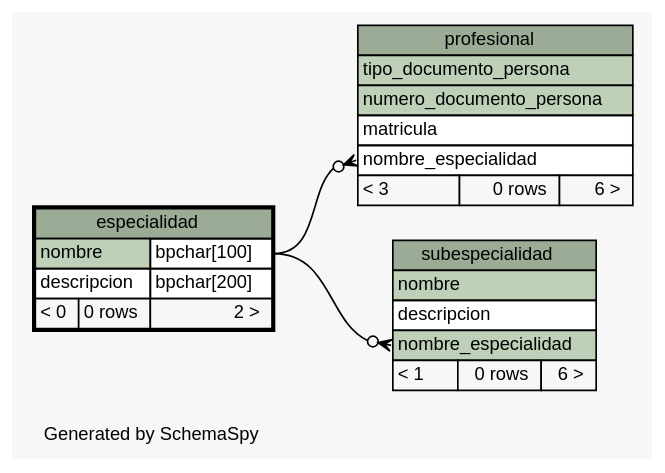
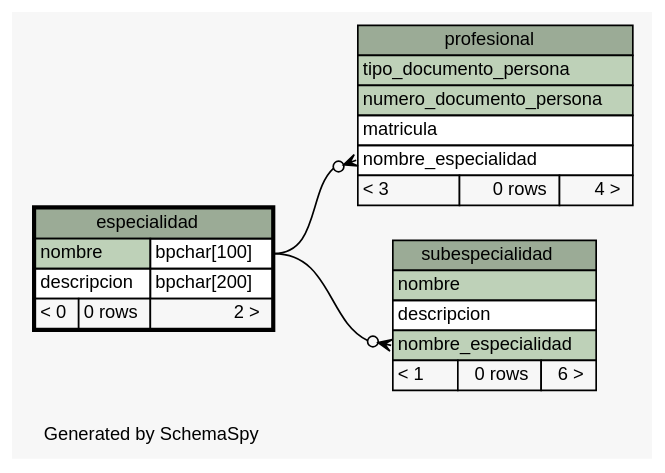
One commit to smpiano/bd-1cuat-2014-agenda-med changed the diagram in tp1/build/schema/diagrams/especialidad.1degree.dot. Above: the diagram before and after it, drawn with Graphviz. The commit also changed 138 other files, not shown here.

```diff
--- a/tp1/build/schema/diagrams/especialidad.1degree.dot
+++ b/tp1/build/schema/diagrams/especialidad.1degree.dot
@@ -1,60 +1,60 @@
 // dot 2.26.3 on Linux 3.8.0-35-generic
 // SchemaSpy rev 590
 digraph "oneDegreeRelationshipsDiagram" {
   graph [
     rankdir="RL"
     bgcolor="#f7f7f7"
     label="\nGenerated by SchemaSpy"
     labeljust="l"
     nodesep="0.18"
     ranksep="0.46"
     fontname="Helvetica"
     fontsize="11"
   ];
   node [
     fontname="Helvetica"
     fontsize="11"
     shape="plaintext"
   ];
   edge [
     arrowsize="0.8"
   ];
   "profesional":"nombre_especialidad":w -> "especialidad":"nombre.type":e [arrowhead=none dir=back arrowtail=crowodot];
   "subespecialidad":"nombre_especialidad":w -> "especialidad":"nombre.type":e [arrowhead=none dir=back arrowtail=crowodot];
   "especialidad" [
     label=<
     <TABLE BORDER="2" CELLBORDER="1" CELLSPACING="0" BGCOLOR="#ffffff">
       <TR><TD COLSPAN="3" BGCOLOR="#9bab96" ALIGN="CENTER">especialidad</TD></TR>
       <TR><TD PORT="nombre" COLSPAN="2" BGCOLOR="#bed1b8" ALIGN="LEFT">nombre</TD><TD PORT="nombre.type" ALIGN="LEFT">bpchar[100]</TD></TR>
       <TR><TD PORT="descripcion" COLSPAN="2" ALIGN="LEFT">descripcion</TD><TD PORT="descripcion.type" ALIGN="LEFT">bpchar[200]</TD></TR>
       <TR><TD ALIGN="LEFT" BGCOLOR="#f7f7f7">&lt; 0</TD><TD ALIGN="RIGHT" BGCOLOR="#f7f7f7">0 rows</TD><TD ALIGN="RIGHT" BGCOLOR="#f7f7f7">2 &gt;</TD></TR>
     </TABLE>>
     URL="especialidad.html"
     tooltip="especialidad"
   ];
   "profesional" [
     label=<
     <TABLE BORDER="0" CELLBORDER="1" CELLSPACING="0" BGCOLOR="#ffffff">
       <TR><TD COLSPAN="3" BGCOLOR="#9bab96" ALIGN="CENTER">profesional</TD></TR>
       <TR><TD PORT="tipo_documento_persona" COLSPAN="3" BGCOLOR="#bed1b8" ALIGN="LEFT">tipo_documento_persona</TD></TR>
       <TR><TD PORT="numero_documento_persona" COLSPAN="3" BGCOLOR="#bed1b8" ALIGN="LEFT">numero_documento_persona</TD></TR>
       <TR><TD PORT="matricula" COLSPAN="3" ALIGN="LEFT">matricula</TD></TR>
       <TR><TD PORT="nombre_especialidad" COLSPAN="3" ALIGN="LEFT">nombre_especialidad</TD></TR>
-      <TR><TD ALIGN="LEFT" BGCOLOR="#f7f7f7">&lt; 3</TD><TD ALIGN="RIGHT" BGCOLOR="#f7f7f7">0 rows</TD><TD ALIGN="RIGHT" BGCOLOR="#f7f7f7">6 &gt;</TD></TR>
+      <TR><TD ALIGN="LEFT" BGCOLOR="#f7f7f7">&lt; 3</TD><TD ALIGN="RIGHT" BGCOLOR="#f7f7f7">0 rows</TD><TD ALIGN="RIGHT" BGCOLOR="#f7f7f7">4 &gt;</TD></TR>
     </TABLE>>
     URL="profesional.html"
     tooltip="profesional"
   ];
   "subespecialidad" [
     label=<
     <TABLE BORDER="0" CELLBORDER="1" CELLSPACING="0" BGCOLOR="#ffffff">
       <TR><TD COLSPAN="3" BGCOLOR="#9bab96" ALIGN="CENTER">subespecialidad</TD></TR>
       <TR><TD PORT="nombre" COLSPAN="3" BGCOLOR="#bed1b8" ALIGN="LEFT">nombre</TD></TR>
       <TR><TD PORT="descripcion" COLSPAN="3" ALIGN="LEFT">descripcion</TD></TR>
       <TR><TD PORT="nombre_especialidad" COLSPAN="3" BGCOLOR="#bed1b8" ALIGN="LEFT">nombre_especialidad</TD></TR>
       <TR><TD ALIGN="LEFT" BGCOLOR="#f7f7f7">&lt; 1</TD><TD ALIGN="RIGHT" BGCOLOR="#f7f7f7">0 rows</TD><TD ALIGN="RIGHT" BGCOLOR="#f7f7f7">6 &gt;</TD></TR>
     </TABLE>>
     URL="subespecialidad.html"
     tooltip="subespecialidad"
   ];
 }
```
